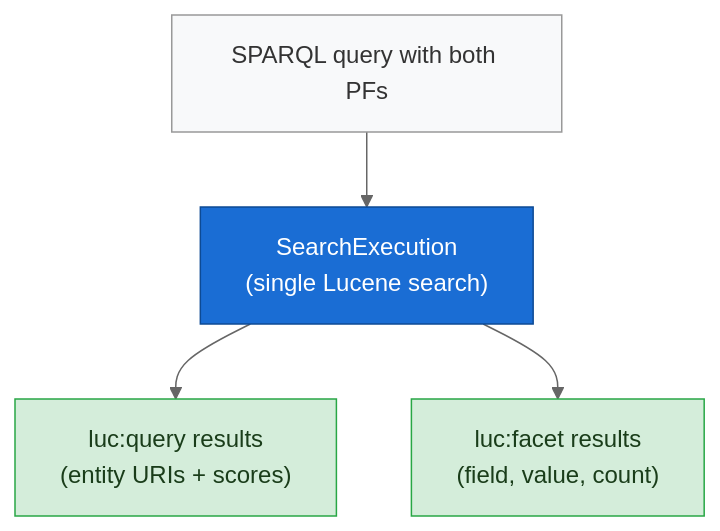
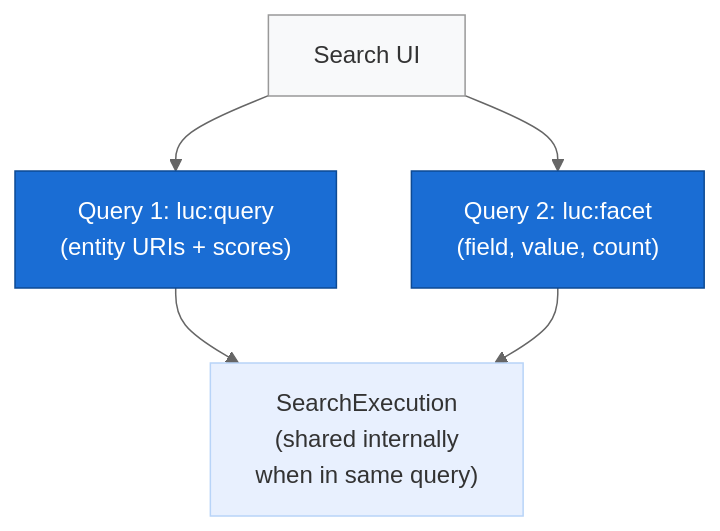
One commit to apache/jena changed the third of 12 diagrams in docs/08-use-cases.md. Above: the diagram before and after it, drawn with Mermaid (neutral theme). The commit also changed other lines of this file and 3 other files, not shown here.

````diff
--- a/docs/08-use-cases.md
+++ b/docs/08-use-cases.md
@@ -85,16 +85,17 @@
 ```mermaid
 flowchart TB
-    SPARQL["SPARQL query with both PFs"]
-    SE["SearchExecution<br/>(single Lucene search)"]
-    Hits["luc:query results<br/>(entity URIs + scores)"]
-    Facets["luc:facet results<br/>(field, value, count)"]
+    App["Search UI"]
+    Q1["Query 1: luc:query<br/>(entity URIs + scores)"]
+    Q2["Query 2: luc:facet<br/>(field, value, count)"]
+    SE["SearchExecution<br/>(shared internally<br/>when in same query)"]
 
-    SPARQL --> SE
-    SE --> Hits
-    SE --> Facets
+    App --> Q1
+    App --> Q2
+    Q1 --> SE
+    Q2 --> SE
 
-    style SPARQL fill:#f8f9fa,stroke:#999,color:#333
-    style SE fill:#1a6dd4,stroke:#0d4a94,color:#fff
-    style Hits fill:#d4edda,stroke:#28a745,color:#1a3d1a
-    style Facets fill:#d4edda,stroke:#28a745,color:#1a3d1a
+    style App fill:#f8f9fa,stroke:#999,color:#333
+    style Q1 fill:#1a6dd4,stroke:#0d4a94,color:#fff
+    style Q2 fill:#1a6dd4,stroke:#0d4a94,color:#fff
+    style SE fill:#e8f0fe,stroke:#b8d4f8,color:#333
 ```
````
